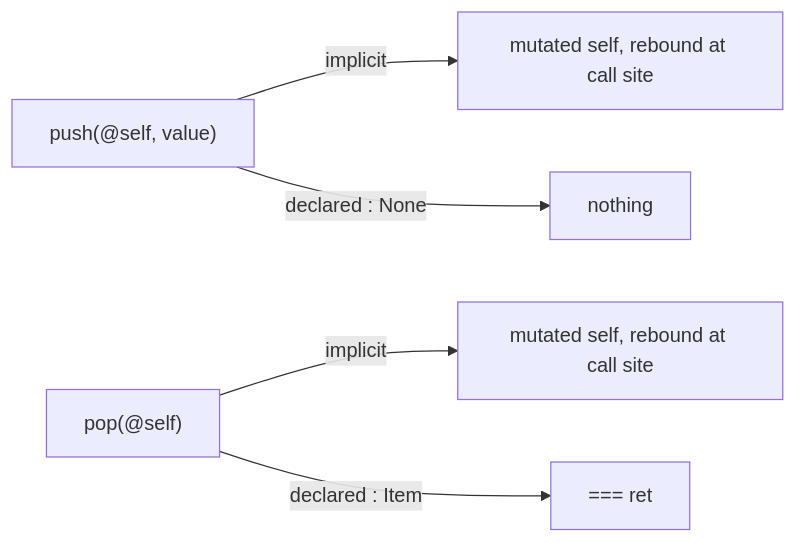
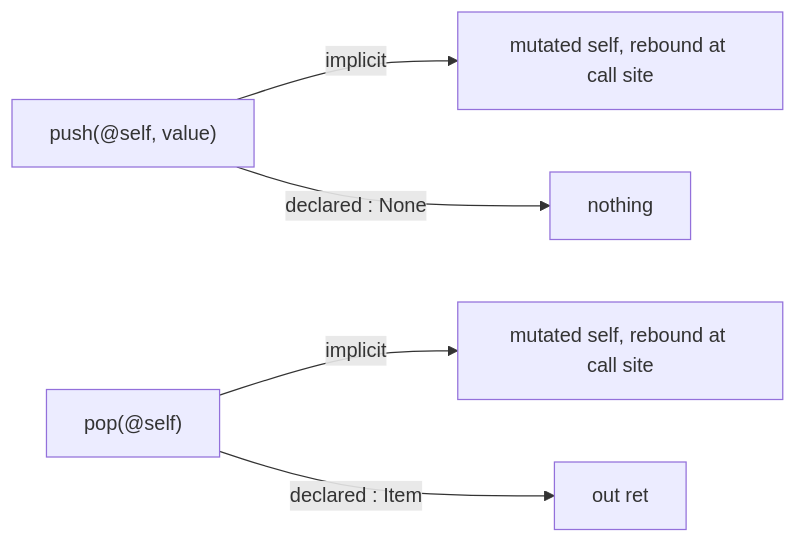
Before and after one commit to LMauricius/oura-examples: the diagram in README.md, drawn with Mermaid. The commit also changed other lines of this file and 8 other files, not shown here.

````diff
--- a/README.md
+++ b/README.md
@@ -214,7 +214,7 @@
 ```mermaid
 flowchart LR
     A["push(@self, value)"] -->|"implicit"| B["mutated self, rebound at call site"]
     A -->|"declared : None"| C["nothing"]
     D["pop(@self)"] -->|"implicit"| E["mutated self, rebound at call site"]
-    D -->|"declared : Item"| F["=== ret"]
+    D -->|"declared : Item"| F["out ret"]
 ```
````
